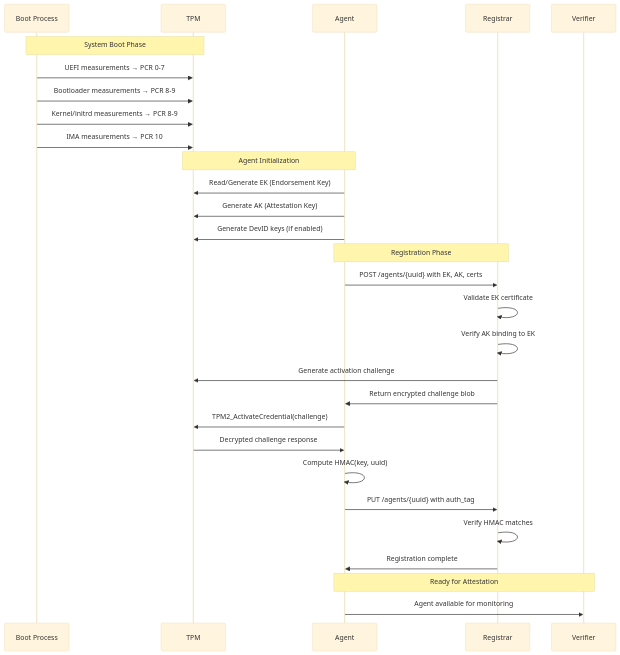
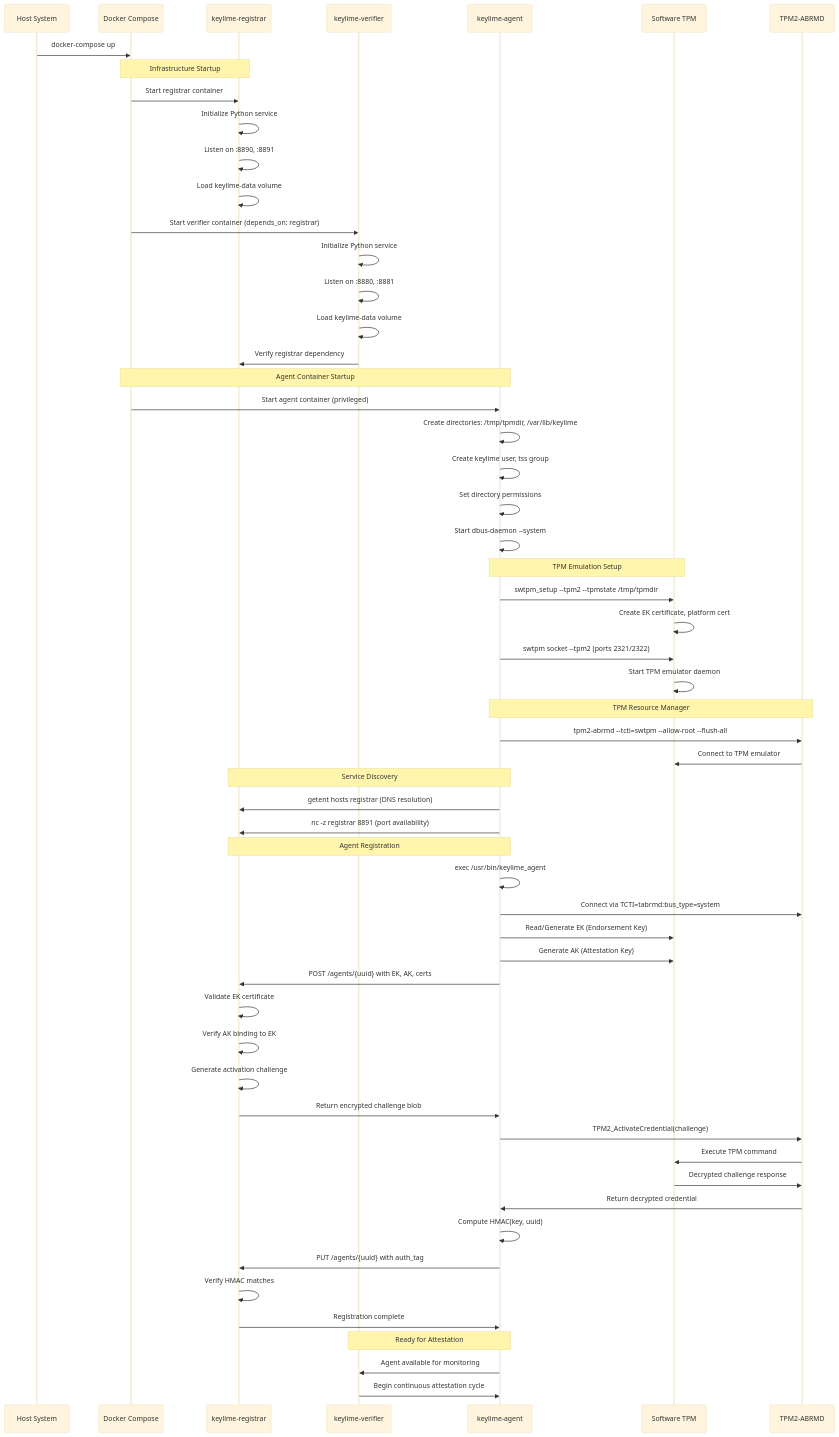
Before and after one commit to keylime/keylime: the second of 14 diagrams in Keylime Info/KEYLIME_ARCHITECTURE_DIAGRAMS.md, drawn with Mermaid (base theme). The commit also changed other lines of this file and 6 other files, not shown here.

````diff
--- a/Keylime Info/KEYLIME_ARCHITECTURE_DIAGRAMS.md
+++ b/Keylime Info/KEYLIME_ARCHITECTURE_DIAGRAMS.md
@@ -122,36 +178,70 @@
 ```mermaid
 sequenceDiagram
-    participant B as Boot Process
-    participant T as TPM
-    participant A as Agent
-    participant R as Registrar
-    participant V as Verifier
+    participant HOST as Host System
+    participant DC as Docker Compose
+    participant REG as keylime-registrar
+    participant VER as keylime-verifier
+    participant AGENT as keylime-agent
+    participant SWTPM as Software TPM
+    participant ABRMD as TPM2-ABRMD
     
-    Note over B,T: System Boot Phase
-    B->>T: UEFI measurements → PCR 0-7
-    B->>T: Bootloader measurements → PCR 8-9
-    B->>T: Kernel/initrd measurements → PCR 8-9
-    B->>T: IMA measurements → PCR 10
+    HOST->>DC: docker-compose up
     
-    Note over A,T: Agent Initialization
-    A->>T: Read/Generate EK (Endorsement Key)
-    A->>T: Generate AK (Attestation Key)
-    A->>T: Generate DevID keys (if enabled)
+    Note over DC,REG: Infrastructure Startup
+    DC->>REG: Start registrar container
+    REG->>REG: Initialize Python service
+    REG->>REG: Listen on :8890, :8891
+    REG->>REG: Load keylime-data volume
     
-    Note over A,R: Registration Phase
-    A->>R: POST /agents/{uuid} with EK, AK, certs
-    R->>R: Validate EK certificate
-    R->>R: Verify AK binding to EK
-    R->>T: Generate activation challenge
-    R->>A: Return encrypted challenge blob
+    DC->>VER: Start verifier container (depends_on: registrar)
+    VER->>VER: Initialize Python service
+    VER->>VER: Listen on :8880, :8881
+    VER->>VER: Load keylime-data volume
+    VER->>REG: Verify registrar dependency
     
-    A->>T: TPM2_ActivateCredential(challenge)
-    T->>A: Decrypted challenge response
-    A->>A: Compute HMAC(key, uuid)
-    A->>R: PUT /agents/{uuid} with auth_tag
-    R->>R: Verify HMAC matches
-    R->>A: Registration complete
+    Note over DC,AGENT: Agent Container Startup
+    DC->>AGENT: Start agent container (privileged)
+    AGENT->>AGENT: Create directories: /tmp/tpmdir, /var/lib/keylime
+    AGENT->>AGENT: Create keylime user, tss group
+    AGENT->>AGENT: Set directory permissions
+    AGENT->>AGENT: Start dbus-daemon --system
     
-    Note over A,V: Ready for Attestation
-    A->>V: Agent available for monitoring
+    Note over AGENT,SWTPM: TPM Emulation Setup
+    AGENT->>SWTPM: swtpm_setup --tpm2 --tpmstate /tmp/tpmdir
+    SWTPM->>SWTPM: Create EK certificate, platform cert
+    AGENT->>SWTPM: swtpm socket --tpm2 (ports 2321/2322)
+    SWTPM->>SWTPM: Start TPM emulator daemon
+    
+    Note over AGENT,ABRMD: TPM Resource Manager
+    AGENT->>ABRMD: tpm2-abrmd --tcti=swtpm --allow-root --flush-all
+    ABRMD->>SWTPM: Connect to TPM emulator
+    
+    Note over AGENT,REG: Service Discovery
+    AGENT->>REG: getent hosts registrar (DNS resolution)
+    AGENT->>REG: nc -z registrar 8891 (port availability)
+    
+    Note over AGENT,REG: Agent Registration
+    AGENT->>AGENT: exec /usr/bin/keylime_agent
+    AGENT->>ABRMD: Connect via TCTI=tabrmd:bus_type=system
+    AGENT->>SWTPM: Read/Generate EK (Endorsement Key)
+    AGENT->>SWTPM: Generate AK (Attestation Key)
+    AGENT->>REG: POST /agents/{uuid} with EK, AK, certs
+    
+    REG->>REG: Validate EK certificate
+    REG->>REG: Verify AK binding to EK
+    REG->>REG: Generate activation challenge
+    REG->>AGENT: Return encrypted challenge blob
+    
+    AGENT->>ABRMD: TPM2_ActivateCredential(challenge)
+    ABRMD->>SWTPM: Execute TPM command
+    SWTPM->>ABRMD: Decrypted challenge response
+    ABRMD->>AGENT: Return decrypted credential
+    AGENT->>AGENT: Compute HMAC(key, uuid)
+    AGENT->>REG: PUT /agents/{uuid} with auth_tag
+    REG->>REG: Verify HMAC matches
+    REG->>AGENT: Registration complete
+    
+    Note over AGENT,VER: Ready for Attestation
+    AGENT->>VER: Agent available for monitoring
+    VER->>AGENT: Begin continuous attestation cycle
 ```
````
